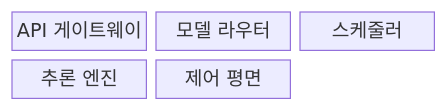
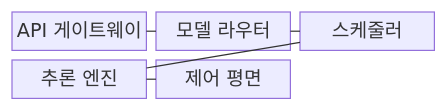
The first of 2 diagrams in src/content/docs/notes/08-latest-tech/048_llm_serving.md (agnusdei1207/knowledge-base), drawn with Mermaid before and after one commit. The commit also changed other lines of this file and 228 other files, not shown here.

````diff
--- a/src/content/docs/notes/08-latest-tech/048_llm_serving.md
+++ b/src/content/docs/notes/08-latest-tech/048_llm_serving.md
@@ -55,9 +55,13 @@
 ```mermaid
 block-beta
     columns 3
     G["API 게이트웨이"]
     R["모델 라우터"]
     S["스케줄러"]
     E["추론 엔진"]
     C["제어 평면"]
+    G --- R
+    R --- S
+    S --- E
+    E --- C
 ```
````
